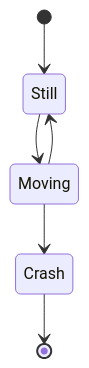
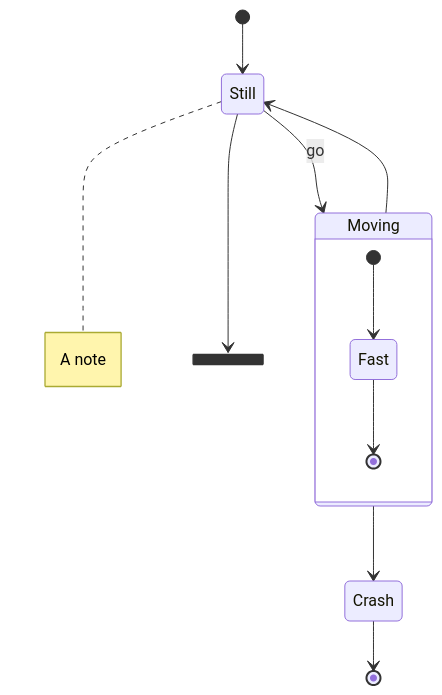
The sixth of 24 diagrams in tests/fixtures/vault/Mermaid.md (shuheykoyama/inkdrop-themes-for-obsidian), drawn with Mermaid before and after one commit. The commit also changed other lines of this file and 17 other files, not shown here.

First line of the commit message:
feat(mermaid): give every diagram type Inkdrop's colours

````diff
--- a/tests/fixtures/vault/Mermaid.md
+++ b/tests/fixtures/vault/Mermaid.md
@@ -79,8 +86,15 @@
 ```mermaid
 stateDiagram-v2
   [*] --> Still
-  Still --> Moving
+  Still --> Moving : go
   Moving --> Still
   Moving --> Crash
   Crash --> [*]
+  state Moving {
+    [*] --> Fast
+    Fast --> [*]
+  }
+  note right of Still : A note
+  state fork_state <<fork>>
+  Still --> fork_state
 ```
````
